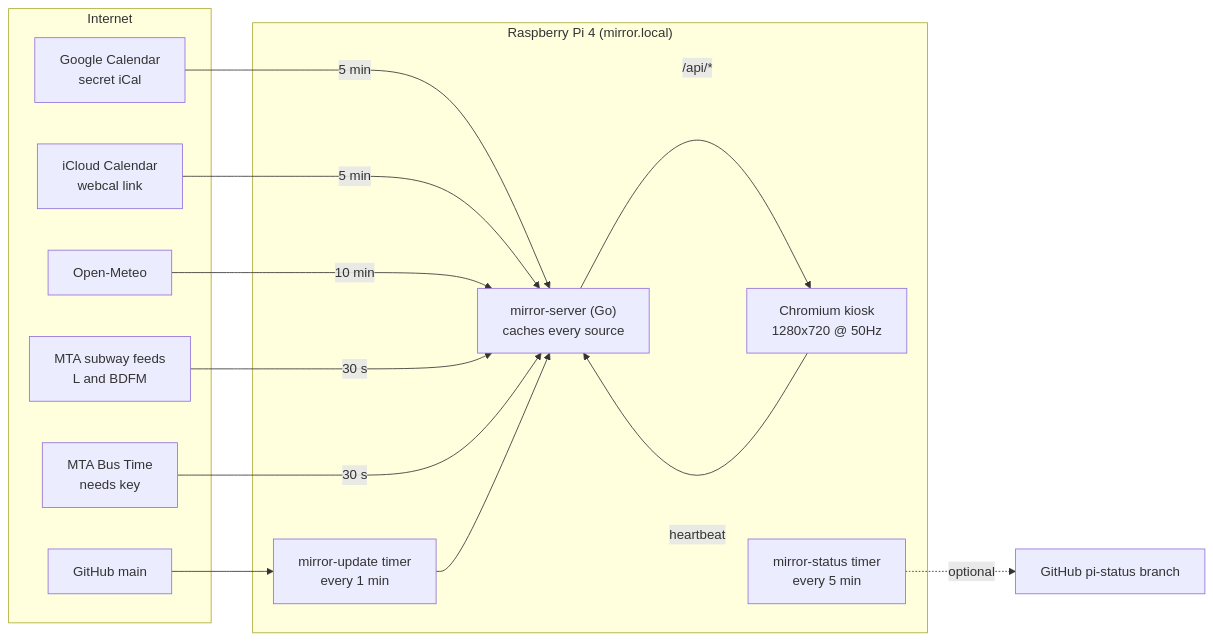
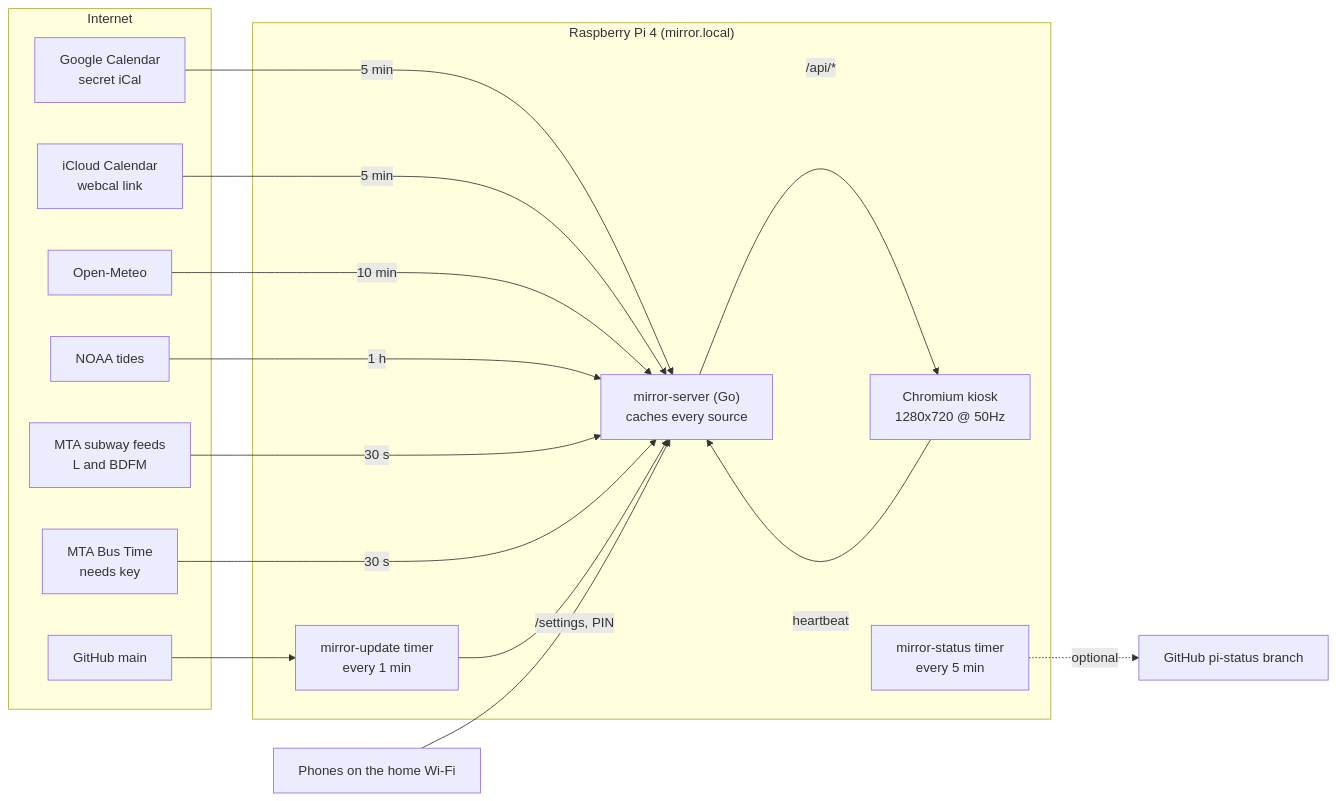
The fourth of 5 diagrams in README.md (Haugf/Coconut-Kitchen), drawn with Mermaid before and after one commit. The commit also changed other lines of this file and 8 other files, not shown here.

````diff
--- a/README.md
+++ b/README.md
@@ -53,24 +180,28 @@
 ```mermaid
 flowchart LR
     subgraph Internet
         G[Google Calendar<br/>secret iCal]
         A[iCloud Calendar<br/>webcal link]
         W[Open-Meteo]
+        N[NOAA tides]
         S[MTA subway feeds<br/>L and BDFM]
         B[MTA Bus Time<br/>needs key]
         GH[GitHub main]
     end
     subgraph Pi["Raspberry Pi 4 (mirror.local)"]
         SV["mirror-server (Go)<br/>caches every source"]
         CH["Chromium kiosk<br/>1280x720 @ 50Hz"]
         UP[mirror-update timer<br/>every 1 min]
         ST[mirror-status timer<br/>every 5 min]
     end
+    PH[Phones on the home Wi-Fi]
     G & A -->|5 min| SV
     W -->|10 min| SV
+    N -->|1 h| SV
     S & B -->|30 s| SV
     SV -->|/api/*| CH
     CH -->|heartbeat| SV
+    PH -->|/settings, PIN| SV
     GH --> UP --> SV
     ST -.->|optional| GHS[GitHub pi-status branch]
 ```
````
